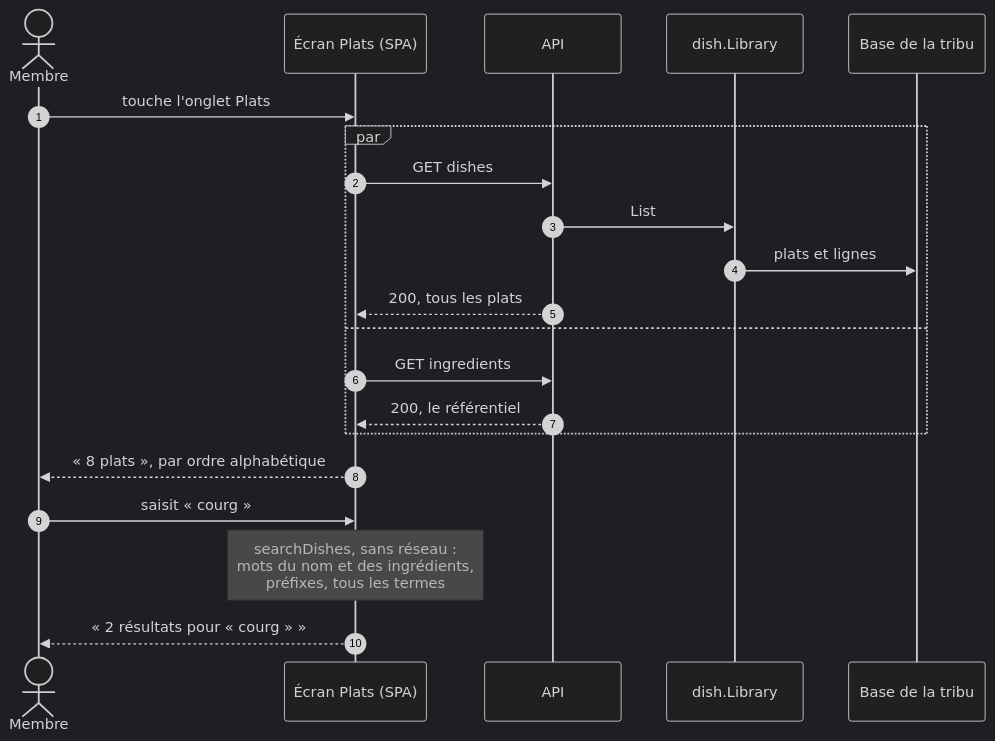
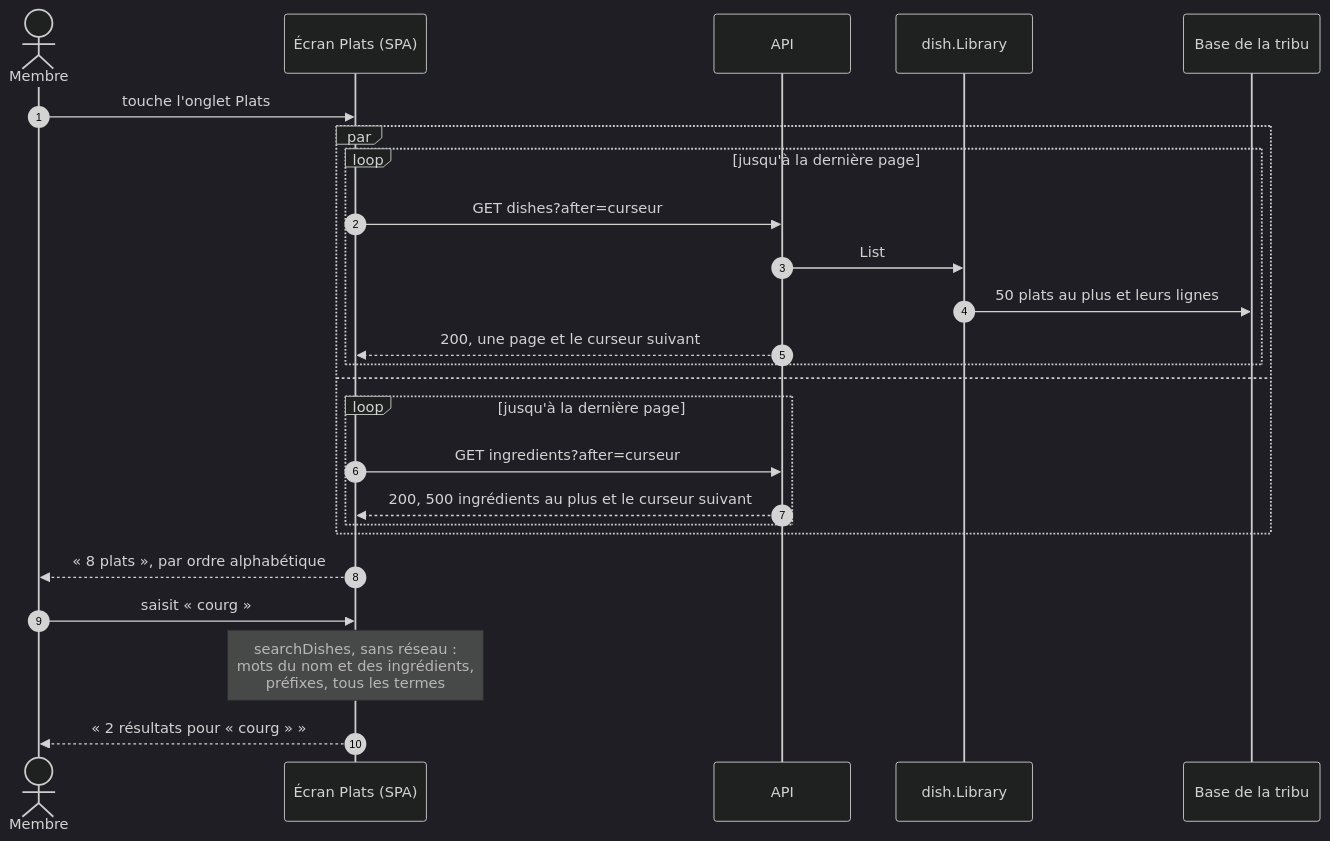
Before and after one commit to nelt/tribe-menus: the third of 6 diagrams in docs/conception/bibliotheque-de-plats.md, drawn with Mermaid (dark theme). The commit also changed other lines of this file and 3 other files, not shown here.

````diff
--- a/docs/conception/bibliotheque-de-plats.md
+++ b/docs/conception/bibliotheque-de-plats.md
@@ -206,24 +221,28 @@
 ```mermaid
 sequenceDiagram
     autonumber
     actor M as Membre
     participant S as Écran Plats (SPA)
     participant A as API
     participant L as dish.Library
     participant D as Base de la tribu
 
     M->>S: touche l'onglet Plats
     par
-        S->>A: GET dishes
-        A->>L: List
-        L->>D: plats et lignes
-        A-->>S: 200, tous les plats
+        loop jusqu'à la dernière page
+            S->>A: GET dishes?after=curseur
+            A->>L: List
+            L->>D: 50 plats au plus et leurs lignes
+            A-->>S: 200, une page et le curseur suivant
+        end
     and
-        S->>A: GET ingredients
-        A-->>S: 200, le référentiel
+        loop jusqu'à la dernière page
+            S->>A: GET ingredients?after=curseur
+            A-->>S: 200, 500 ingrédients au plus et le curseur suivant
+        end
     end
     S-->>M: « 8 plats », par ordre alphabétique
     M->>S: saisit « courg »
     Note over S: searchDishes, sans réseau :<br/>mots du nom et des ingrédients,<br/>préfixes, tous les termes
     S-->>M: « 2 résultats pour « courg » »
 ```
````
